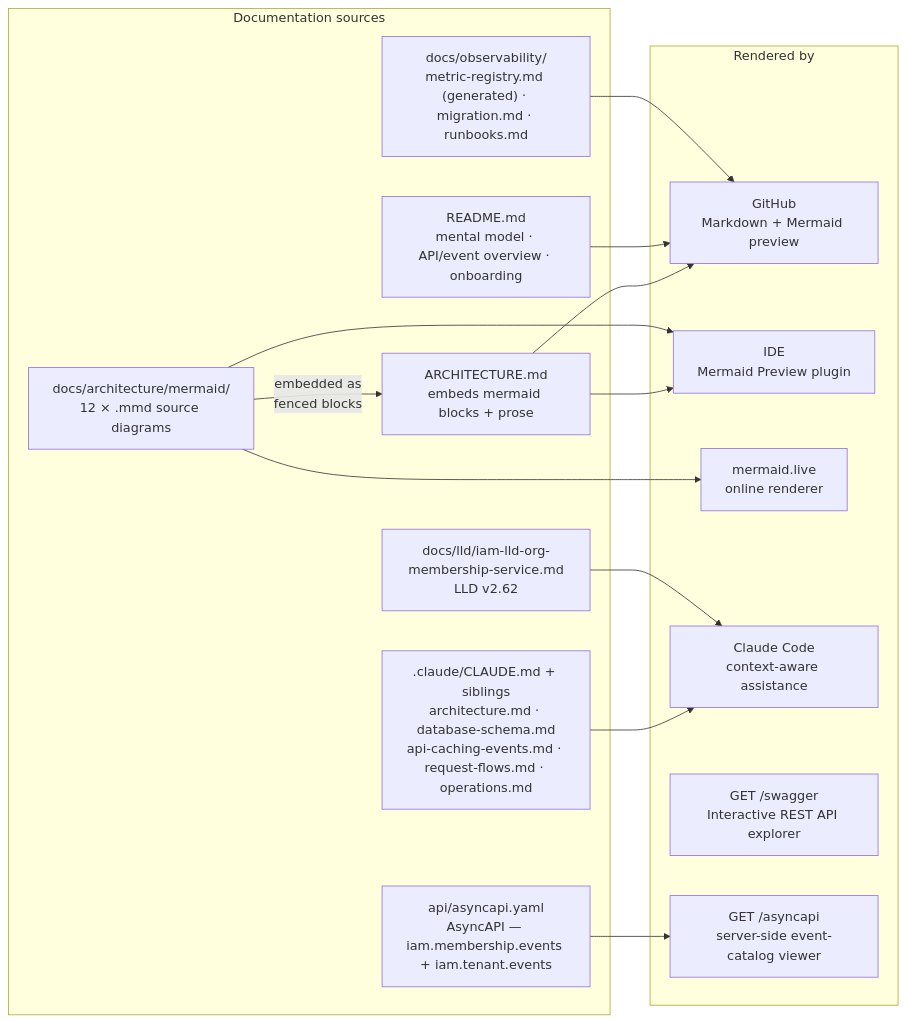
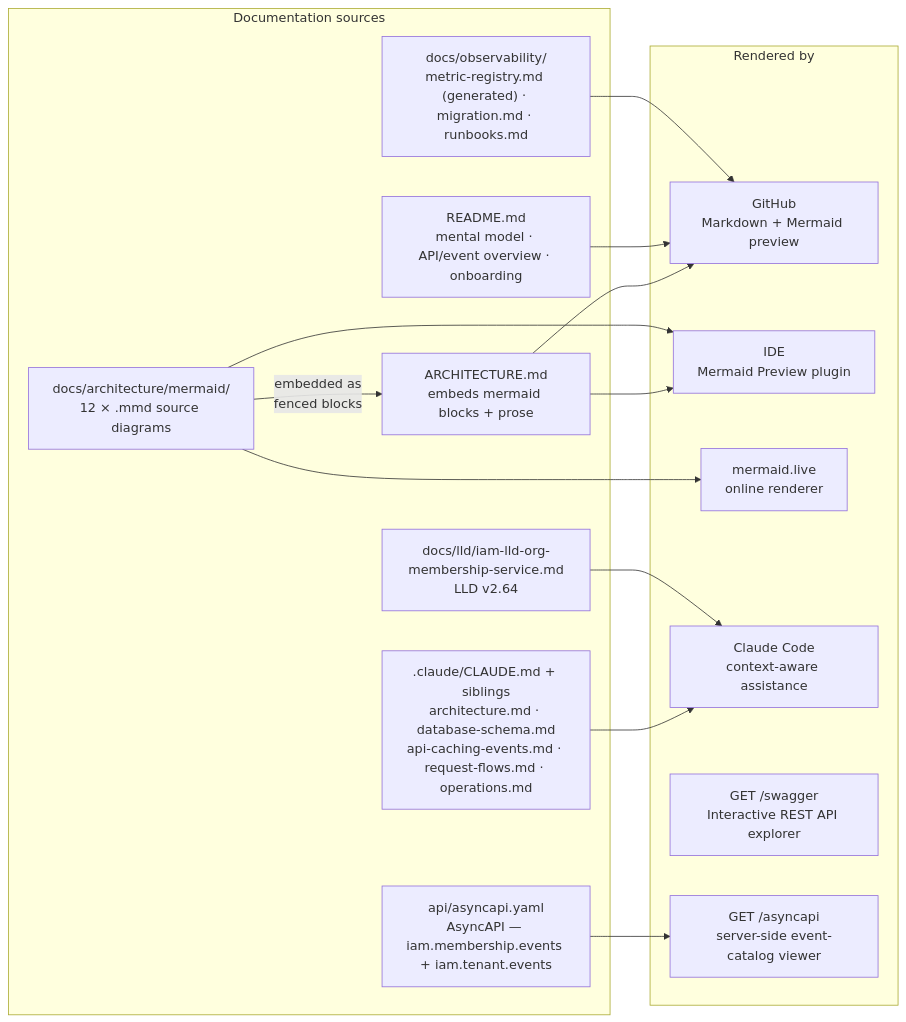
Diagram 13 of 13 in ARCHITECTURE.md (BCBP-SOLUTIONS-FZC-LLC/iam-org-membership), drawn with Mermaid before and after one commit. The commit also changed other lines of this file and 21 other files, not shown here.

````diff
--- a/ARCHITECTURE.md
+++ b/ARCHITECTURE.md
@@ -1387,30 +1387,30 @@
 ```mermaid
 graph LR
     subgraph sources["Documentation sources"]
         mmd["docs/architecture/mermaid/\n12 × .mmd source diagrams"]
         arch["ARCHITECTURE.md\nembeds mermaid blocks + prose"]
         claude[".claude/CLAUDE.md + siblings\narchitecture.md · database-schema.md\napi-caching-events.md · request-flows.md · operations.md"]
         readme["README.md\nmental model · API/event overview · onboarding"]
         asyncapi_yaml["api/asyncapi.yaml\nAsyncAPI — iam.membership.events + iam.tenant.events"]
-        lld["docs/lld/iam-lld-org-membership-service.md\nLLD v2.62"]
+        lld["docs/lld/iam-lld-org-membership-service.md\nLLD v2.64"]
         obsdocs["docs/observability/\nmetric-registry.md (generated) · migration.md · runbooks.md"]
     end
 
     subgraph rendered["Rendered by"]
         github["GitHub\nMarkdown + Mermaid preview"]
         ide["IDE\nMermaid Preview plugin"]
         live["mermaid.live\nonline renderer"]
         claude_ai["Claude Code\ncontext-aware assistance"]
         swagger_viewer["GET /swagger\nInteractive REST API explorer"]
         asyncapi_viewer["GET /asyncapi\nserver-side event-catalog viewer"]
     end
 
     mmd  -->|"embedded as\nfenced blocks"| arch
     arch --> github & ide
     mmd  --> live & ide
     claude --> claude_ai
     readme --> github
     lld --> claude_ai
     obsdocs --> github
     asyncapi_yaml --> asyncapi_viewer
 ```
````
